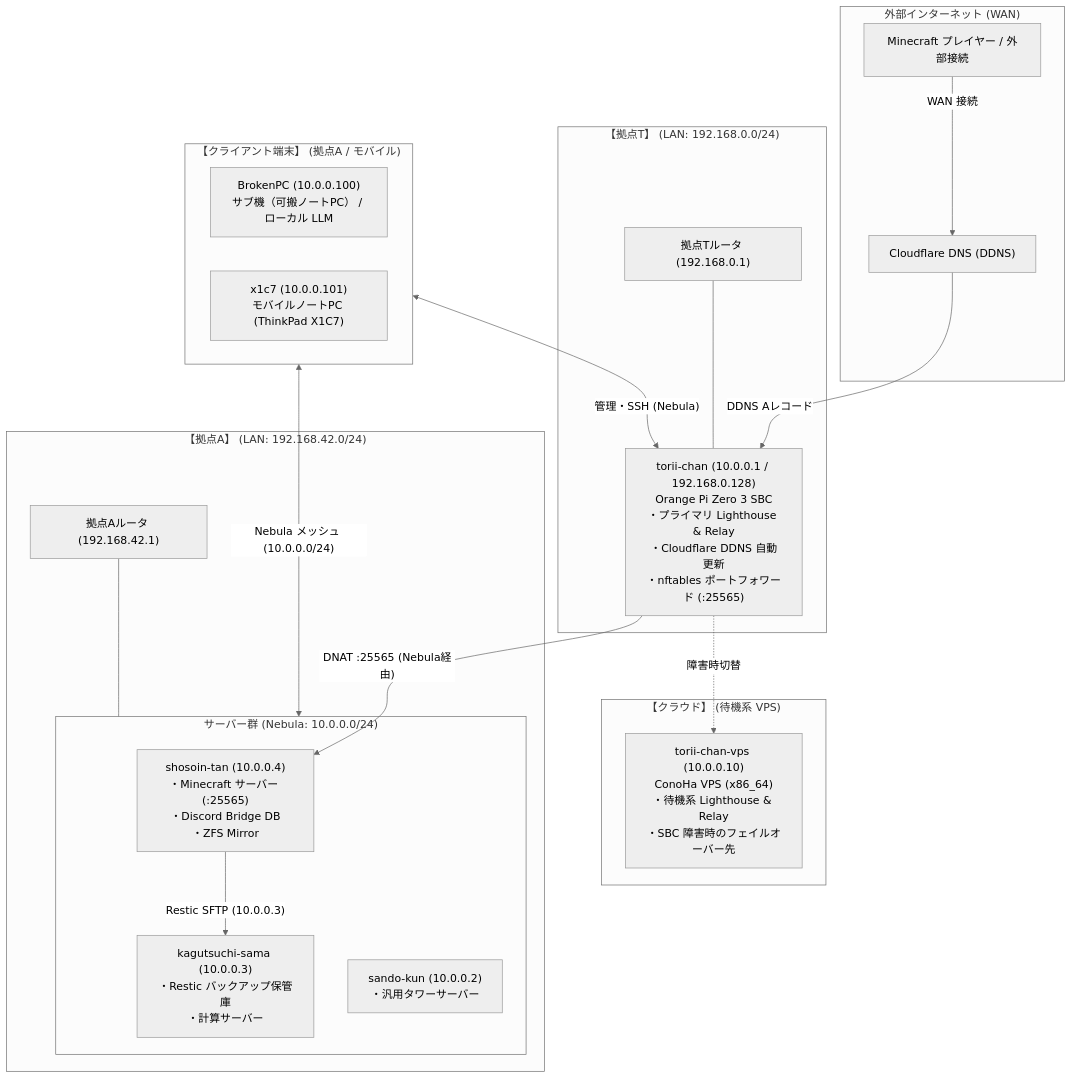
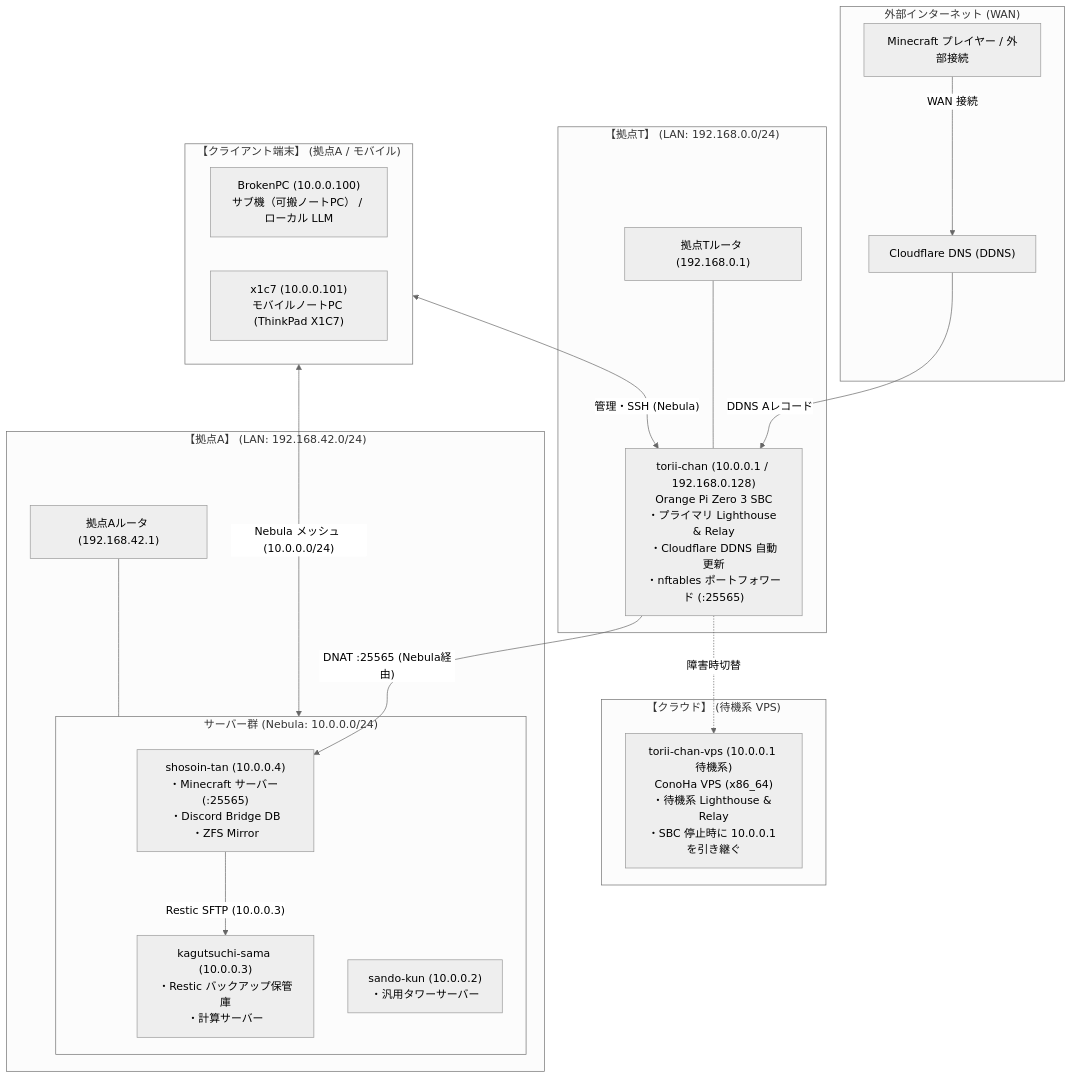
Before and after one commit to t3u-tsu/nix-config: the diagram in docs/architecture/network-topology.md, drawn with Mermaid (neutral theme). The commit also changed other lines of this file and 16 other files, not shown here.

````diff
--- a/docs/architecture/network-topology.md
+++ b/docs/architecture/network-topology.md
@@ -11,47 +11,47 @@
 ```mermaid
 flowchart TD
     subgraph WAN["外部インターネット (WAN)"]
         User["Minecraft プレイヤー / 外部接続"]
         CF["Cloudflare DNS (DDNS)"]
     end
 
     subgraph SiteT["【拠点T】 (LAN: 192.168.0.0/24)"]
         TRouter["拠点Tルータ (192.168.0.1)"]
         Torii["torii-chan (10.0.0.1 / 192.168.0.128)<br>Orange Pi Zero 3 SBC<br>・プライマリ Lighthouse & Relay<br>・Cloudflare DDNS 自動更新<br>・nftables ポートフォワード (:25565)"]
         TRouter --- Torii
     end
 
     subgraph Failover["【クラウド】 (待機系 VPS)"]
-        VPS["torii-chan-vps (10.0.0.10)<br>ConoHa VPS (x86_64)<br>・待機系 Lighthouse & Relay<br>・SBC 障害時のフェイルオーバー先"]
+        VPS["torii-chan-vps (10.0.0.1 待機系)<br>ConoHa VPS (x86_64)<br>・待機系 Lighthouse & Relay<br>・SBC 停止時に 10.0.0.1 を引き継ぐ"]
     end
 
     subgraph SiteA["【拠点A】 (LAN: 192.168.42.0/24)"]
         ARouter["拠点Aルータ (192.168.42.1)"]
 
         subgraph Servers["サーバー群 (Nebula: 10.0.0.0/24)"]
             Shosoin["shosoin-tan (10.0.0.4)<br>・Minecraft サーバー (:25565)<br>・Discord Bridge DB<br>・ZFS Mirror"]
             Kagutsuchi["kagutsuchi-sama (10.0.0.3)<br>・Restic バックアップ保管庫<br>・計算サーバー"]
             Sando["sando-kun (10.0.0.2)<br>・汎用タワーサーバー"]
         end
 
         ARouter --- Servers
     end
 
     subgraph RoamingClients["【クライアント端末】 (拠点A / モバイル)"]
         BrokenPC["BrokenPC (10.0.0.100)<br>サブ機（可搬ノートPC） / ローカル LLM"]
         X1C7["x1c7 (10.0.0.101)<br>モバイルノートPC (ThinkPad X1C7)"]
     end
 
     %% WAN トラフィック
     User -->|WAN 接続| CF
     CF -->|DDNS Aレコード| Torii
     Torii -->|"DNAT :25565 (Nebula経由)"| Shosoin
 
     %% Nebula メッシュオーバーレイ通信
     RoamingClients <-->|"Nebula メッシュ (10.0.0.0/24)"| Servers
     RoamingClients <-->|"管理・SSH (Nebula)"| Torii
     Shosoin -->|"Restic SFTP (10.0.0.3)"| Kagutsuchi
 
     %% フェイルオーバー
     Torii -.->|"障害時切替"| VPS
 ```
````
